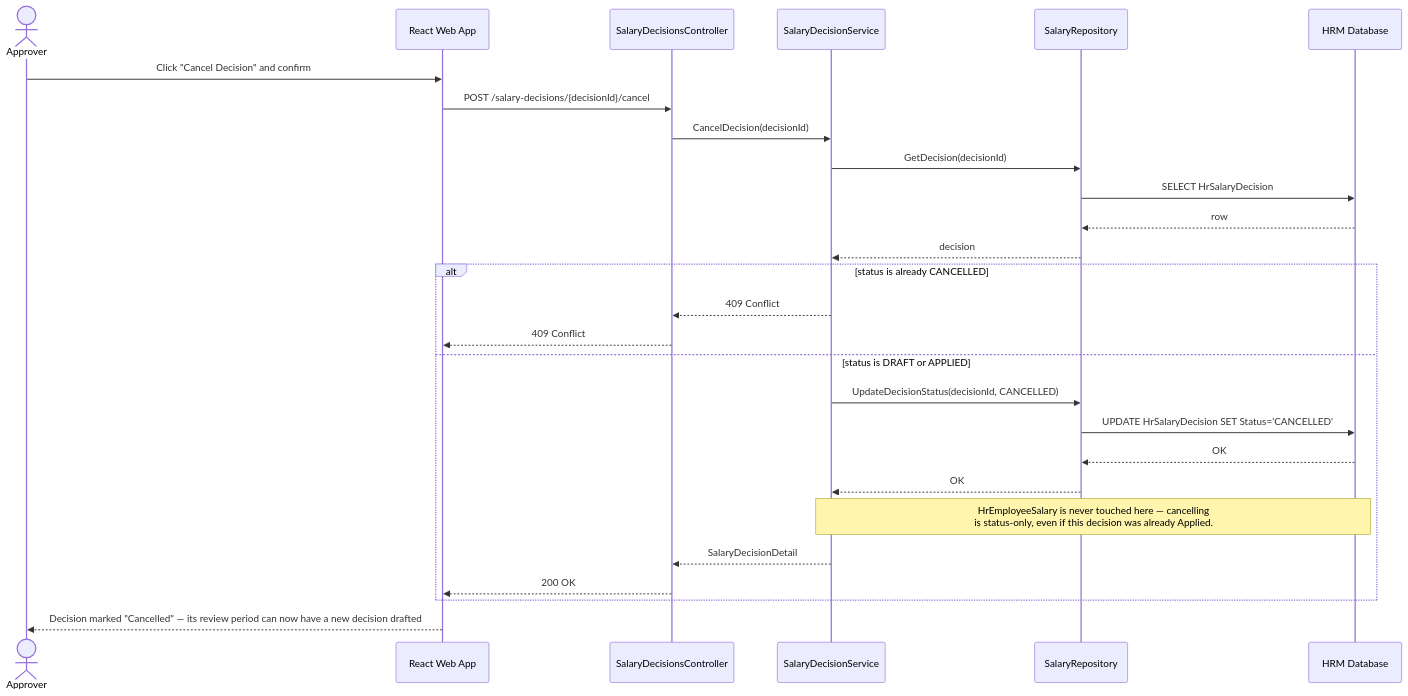
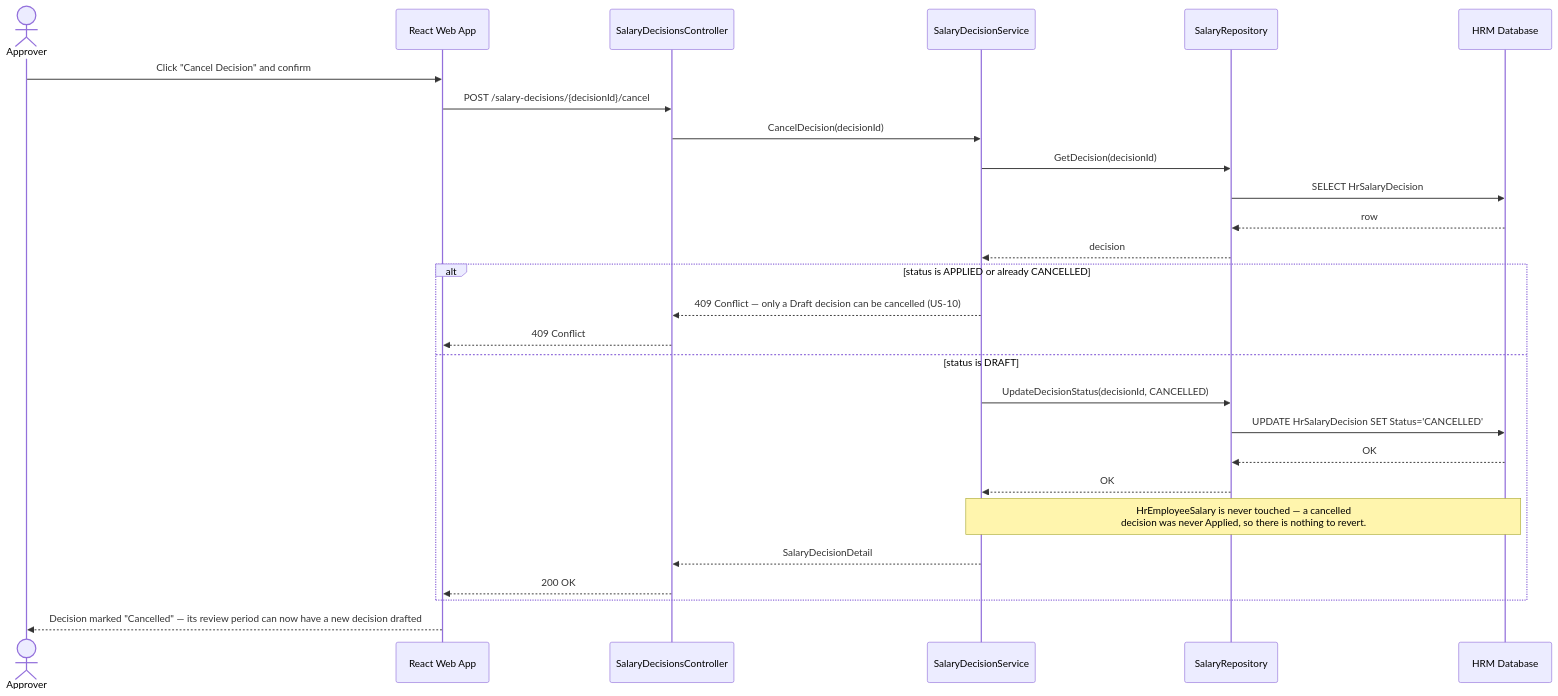
One commit to sang2197/QuanLyNhanSu-NguyenVanSang changed the seventh of 7 diagrams in Docs/DetailedDesign/SequenceDiagrams.md. Above: the diagram before and after it, drawn with Mermaid. The commit also changed other lines of this file and 20 other files, not shown here.

````diff
--- a/Docs/DetailedDesign/SequenceDiagrams.md
+++ b/Docs/DetailedDesign/SequenceDiagrams.md
@@ -271,30 +273,30 @@
 ```mermaid
 sequenceDiagram
     actor APR as Approver
     participant FE as React Web App
     participant API as SalaryDecisionsController
     participant SVC as SalaryDecisionService
     participant REPO as SalaryRepository
     participant DB as HRM Database
 
     APR->>FE: Click "Cancel Decision" and confirm
     FE->>API: POST /salary-decisions/{decisionId}/cancel
     API->>SVC: CancelDecision(decisionId)
     SVC->>REPO: GetDecision(decisionId)
     REPO->>DB: SELECT HrSalaryDecision
     DB-->>REPO: row
     REPO-->>SVC: decision
-    alt status is already CANCELLED
-        SVC-->>API: 409 Conflict
+    alt status is APPLIED or already CANCELLED
+        SVC-->>API: 409 Conflict — only a Draft decision can be cancelled (US-10)
         API-->>FE: 409 Conflict
-    else status is DRAFT or APPLIED
+    else status is DRAFT
         SVC->>REPO: UpdateDecisionStatus(decisionId, CANCELLED)
         REPO->>DB: UPDATE HrSalaryDecision SET Status='CANCELLED'
         DB-->>REPO: OK
         REPO-->>SVC: OK
-        Note over SVC,DB: HrEmployeeSalary is never touched here — cancelling<br/>is status-only, even if this decision was already Applied.
+        Note over SVC,DB: HrEmployeeSalary is never touched — a cancelled<br/>decision was never Applied, so there is nothing to revert.
         SVC-->>API: SalaryDecisionDetail
         API-->>FE: 200 OK
     end
     FE-->>APR: Decision marked "Cancelled" — its review period can now have a new decision drafted
 ```
````
